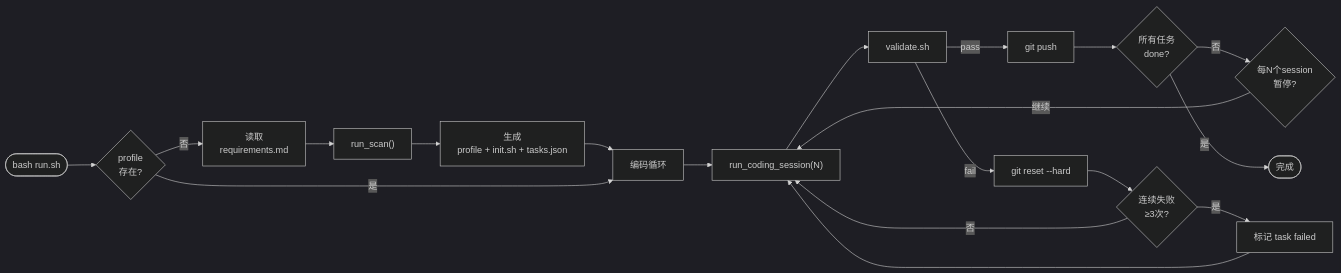
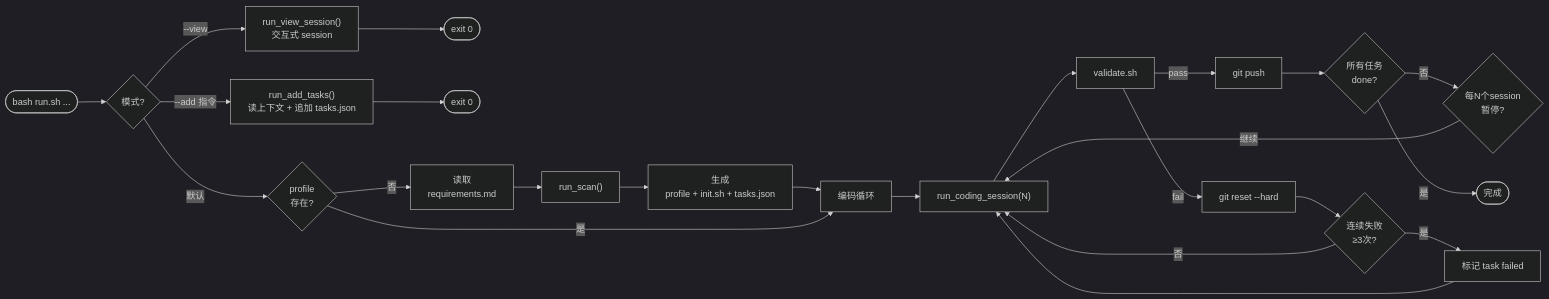
One commit to lk19940215/ai-teaching-ppt changed the second of 5 diagrams in claude-auto-loop/ARCHITECTURE.md. Above: the diagram before and after it, drawn with Mermaid (dark theme). The commit also changed other lines of this file and 6 other files, not shown here.

````diff
--- a/claude-auto-loop/ARCHITECTURE.md
+++ b/claude-auto-loop/ARCHITECTURE.md
@@ -64,25 +64,33 @@
 ```mermaid
 flowchart LR
-    start([bash run.sh]) --> check{profile<br/>存在?}
+    start(["bash run.sh ..."]) --> mode{模式?}
+
+    mode -->|"--view"| view["run_view_session()<br/>交互式 session"]
+    view --> exit_view([exit 0])
+
+    mode -->|"--add 指令"| add["run_add_tasks()<br/>读上下文 + 追加 tasks.json"]
+    add --> exit_add([exit 0])
+
+    mode -->|默认| check{profile<br/>存在?}
 
     check -->|否| req["读取<br/>requirements.md"]
     req --> scan["run_scan()"]
     scan --> profile_out["生成<br/>profile + init.sh + tasks.json"]
     profile_out --> loop
 
     check -->|是| loop
 
     loop["编码循环"] --> session["run_coding_session(N)"]
     session --> val["validate.sh"]
     val -->|pass| push["git push"]
     push --> done_check{所有任务<br/>done?}
     done_check -->|否| pause_check{每N个session<br/>暂停?}
     pause_check -->|继续| session
     done_check -->|是| finish([完成])
 
     val -->|fail| rollback["git reset --hard"]
     rollback --> retry_check{连续失败<br/>≥3次?}
     retry_check -->|否| session
     retry_check -->|是| mark_failed["标记 task failed"]
     mark_failed --> session
 ```
````
